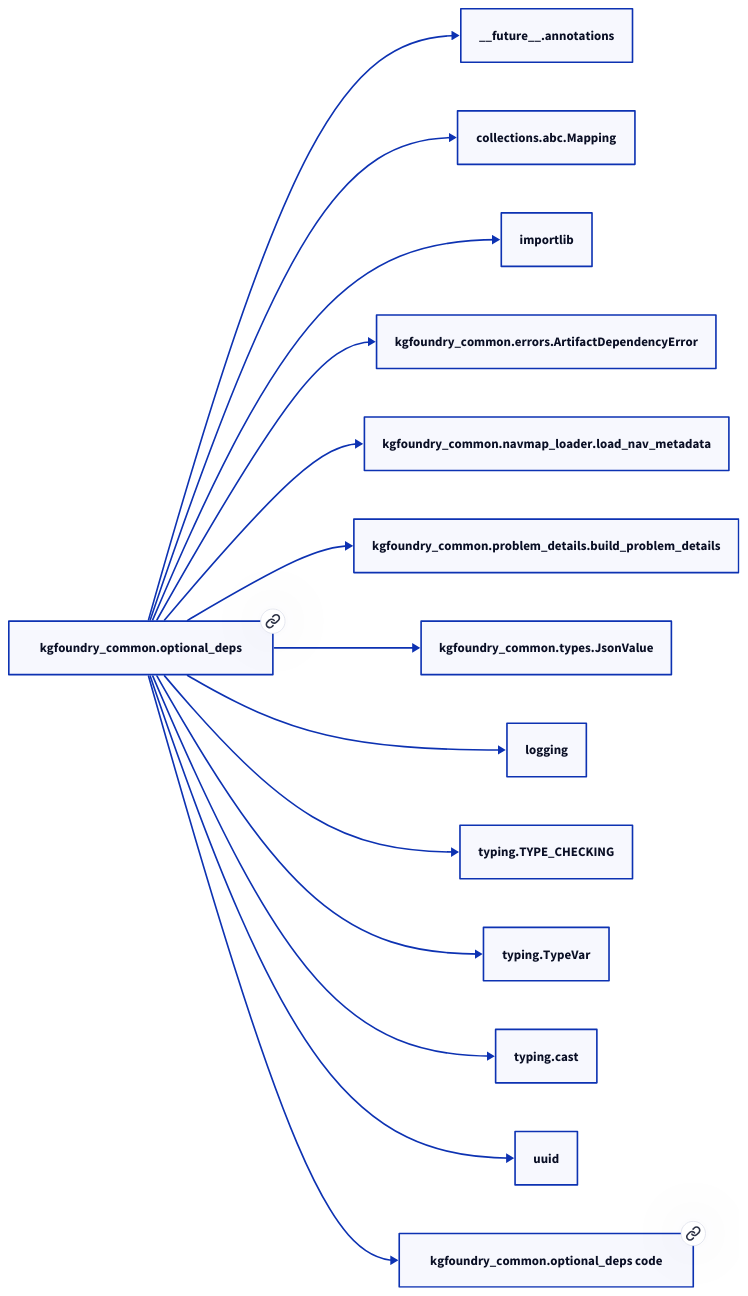
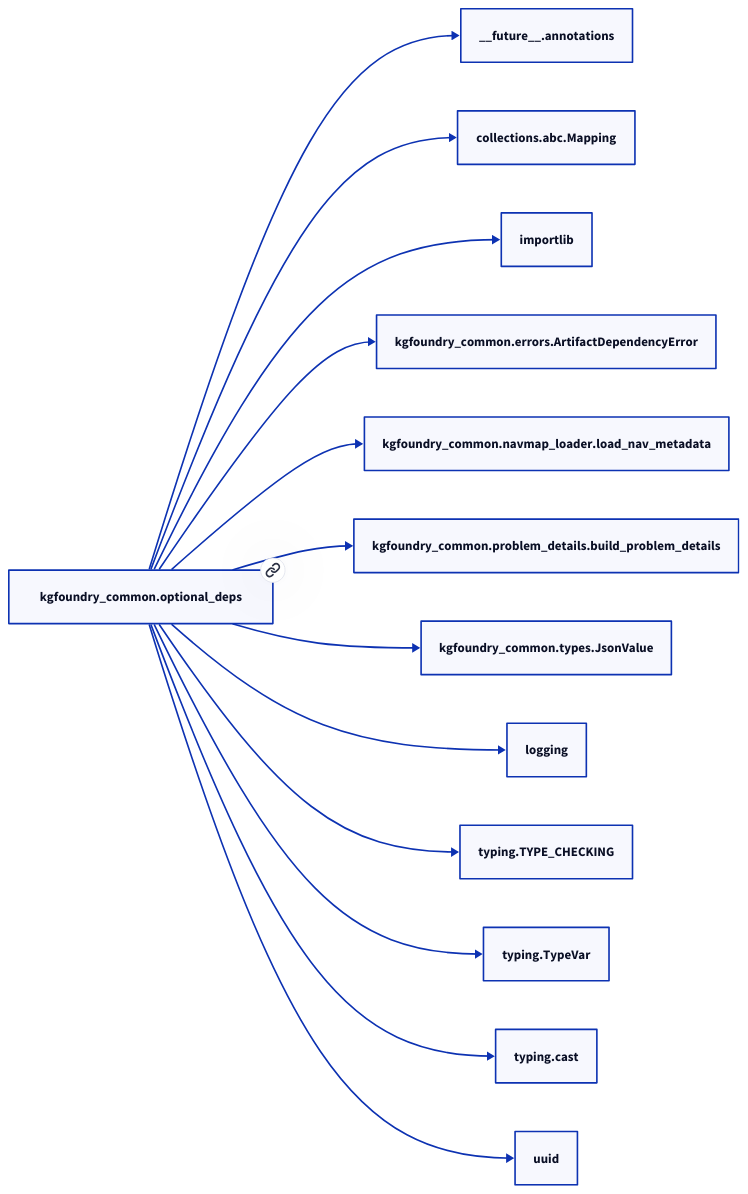
The second of 2 diagrams in docs/modules/kgfoundry_common/optional_deps.md (paul-heyse/kgforge), drawn with D2 before and after one commit. The commit also changed other lines of this file and 118 other files, not shown here.

````diff
--- a/docs/modules/kgfoundry_common/optional_deps.md
+++ b/docs/modules/kgfoundry_common/optional_deps.md
@@ -57,30 +55,28 @@
 ```d2
 direction: right
-"kgfoundry_common.optional_deps": "kgfoundry_common.optional_deps" { link: "./kgfoundry_common/optional_deps.md" }
+"kgfoundry_common.optional_deps": "kgfoundry_common.optional_deps" { link: "optional_deps.md" }
 "__future__.annotations": "__future__.annotations"
 "kgfoundry_common.optional_deps" -> "__future__.annotations"
 "collections.abc.Mapping": "collections.abc.Mapping"
 "kgfoundry_common.optional_deps" -> "collections.abc.Mapping"
 "importlib": "importlib"
 "kgfoundry_common.optional_deps" -> "importlib"
 "kgfoundry_common.errors.ArtifactDependencyError": "kgfoundry_common.errors.ArtifactDependencyError"
 "kgfoundry_common.optional_deps" -> "kgfoundry_common.errors.ArtifactDependencyError"
 "kgfoundry_common.navmap_loader.load_nav_metadata": "kgfoundry_common.navmap_loader.load_nav_metadata"
 "kgfoundry_common.optional_deps" -> "kgfoundry_common.navmap_loader.load_nav_metadata"
 "kgfoundry_common.problem_details.build_problem_details": "kgfoundry_common.problem_details.build_problem_details"
 "kgfoundry_common.optional_deps" -> "kgfoundry_common.problem_details.build_problem_details"
 "kgfoundry_common.types.JsonValue": "kgfoundry_common.types.JsonValue"
 "kgfoundry_common.optional_deps" -> "kgfoundry_common.types.JsonValue"
 "logging": "logging"
 "kgfoundry_common.optional_deps" -> "logging"
 "typing.TYPE_CHECKING": "typing.TYPE_CHECKING"
 "kgfoundry_common.optional_deps" -> "typing.TYPE_CHECKING"
 "typing.TypeVar": "typing.TypeVar"
 "kgfoundry_common.optional_deps" -> "typing.TypeVar"
 "typing.cast": "typing.cast"
 "kgfoundry_common.optional_deps" -> "typing.cast"
 "uuid": "uuid"
 "kgfoundry_common.optional_deps" -> "uuid"
-"kgfoundry_common.optional_deps_code": "kgfoundry_common.optional_deps code" { link: "https://github.com/kgfoundry/kgfoundry/blob/main/src/kgfoundry_common/optional_deps.py" }
-"kgfoundry_common.optional_deps" -> "kgfoundry_common.optional_deps_code" { style: dashed }
 ```
````
